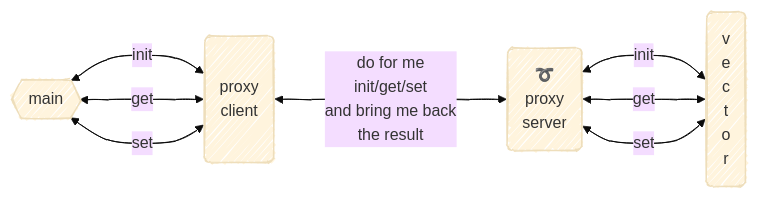
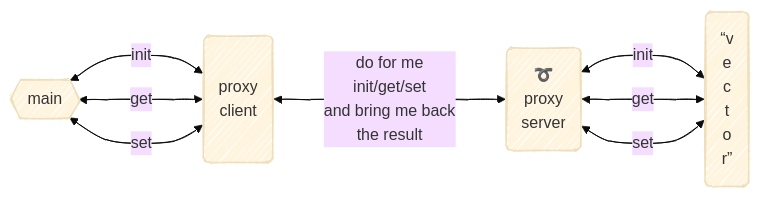
One commit to acaldero/uc3m_ds changed the second of 2 diagrams in materials/topic-messagepassing/exercise_messagepassing_vector.md. Above: the diagram before and after it, drawn with Mermaid (base theme). The commit also changed other lines of this file, not shown here.

````diff
--- a/materials/topic-messagepassing/exercise_messagepassing_vector.md
+++ b/materials/topic-messagepassing/exercise_messagepassing_vector.md
@@ -202,18 +200,20 @@
 ```mermaid
 ---
 config:
   look: handDrawn
 ---
 graph LR;
     D{{"main"}}
     PXC("<br>proxy<br>client<br>&nbsp;")
     PXS("➰ <br>proxy<br>server")
-    L2("v<br>e<br>c<br>t<br>o<br>r")
+    
+L2(“v<br>e<br>c<br>t<br>o<br>r”)
     D <--->|init| PXC
     D <--->|get| PXC
     D <--->|set| PXC
-    PXC <--->|"do for me<br> init/get/set<br> and bring me back<br> the result"| PXS
+    
+PXC <--->|"do for me<br> init/get/set<br> and bring me back<br> the result"| PXS
     PXS <--->|init| L2
     PXS <--->|get| L2
     PXS <--->|set| L2
 ```
````
